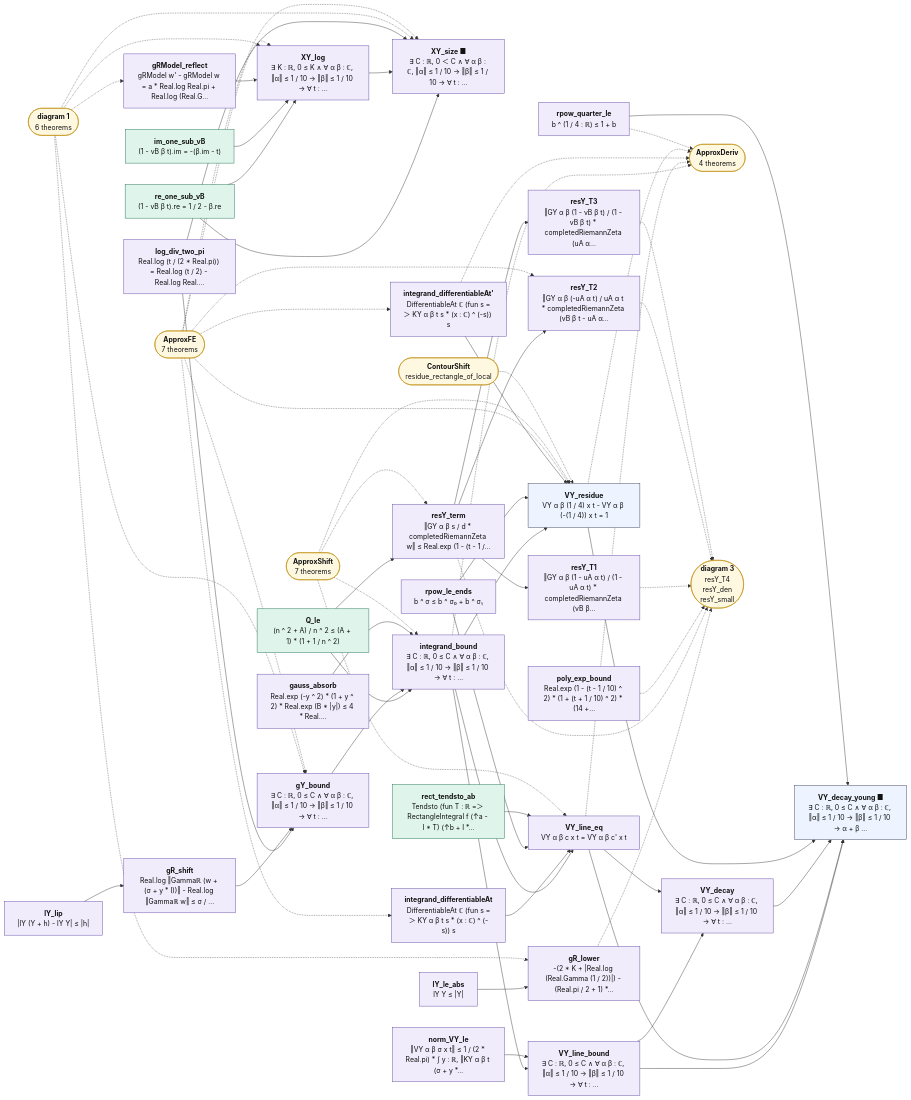
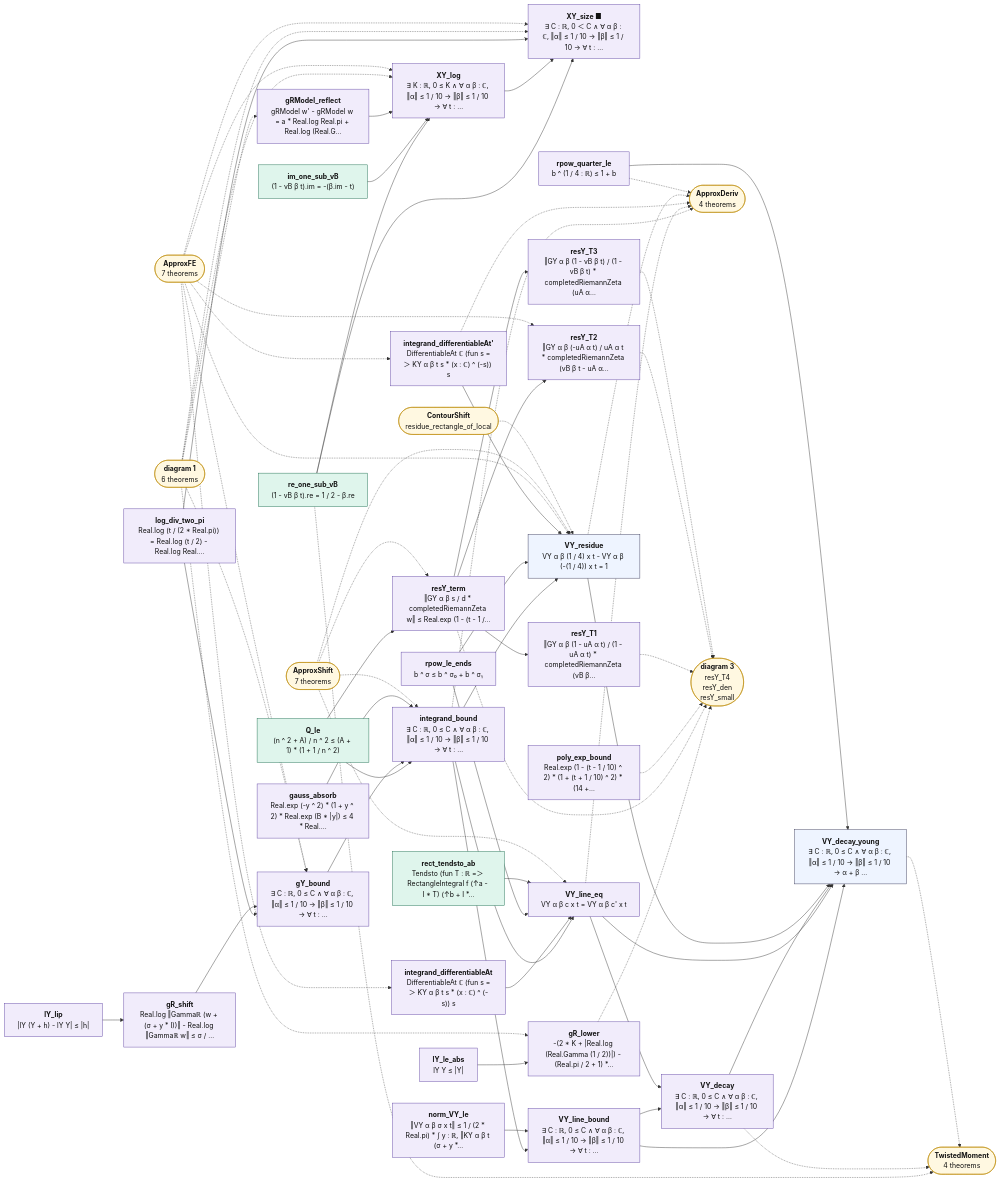
One commit to juliansambranojr/Primebeat_081426 changed the diagram in map/lean_stage3/ApproxBounds.2.mmd. Above: the diagram before and after it, drawn with Mermaid. The commit also changed 32 other files, not shown here.

```diff
--- a/map/lean_stage3/ApproxBounds.2.mmd
+++ b/map/lean_stage3/ApproxBounds.2.mmd
@@ -1,106 +1,110 @@
 flowchart LR
   n0["<b>re_one_sub_vB</b><br/>(1 - vB β t).re = 1 / 2 - β.re"]:::cnt
   n1["<b>im_one_sub_vB</b><br/>(1 - vB β t).im = -(β.im - t)"]:::cnt
   n2["<b>gRModel_reflect</b><br/>gRModel w' - gRModel w = a * Real.log Real.pi + Real.log (Real.G…"]:::shp
   n3["<b>XY_log</b><br/>∃ K : ℝ, 0 ≤ K ∧ ∀ α β : ℂ, ‖α‖ ≤ 1 / 10 → ‖β‖ ≤ 1 / 10 → ∀ t : …"]:::shp
   n4["<b>log_div_two_pi</b><br/>Real.log (t / (2 * Real.pi)) = Real.log (t / 2) - Real.log Real.…"]:::shp
   n5["<b>XY_size ■</b><br/>∃ C : ℝ, 0 ＜ C ∧ ∀ α β : ℂ, ‖α‖ ≤ 1 / 10 → ‖β‖ ≤ 1 / 10 → ∀ t : …"]:::shp
   n6["<b>lY_lip</b><br/>|lY (Y + h) - lY Y| ≤ |h|"]:::shp
   n7["<b>gR_shift</b><br/>Real.log ‖Gammaℝ (w + (σ + y * I))‖ - Real.log ‖Gammaℝ w‖ ≤ σ / …"]:::shp
   n8["<b>gY_bound</b><br/>∃ C : ℝ, 0 ≤ C ∧ ∀ α β : ℂ, ‖α‖ ≤ 1 / 10 → ‖β‖ ≤ 1 / 10 → ∀ t : …"]:::shp
   n9["<b>gauss_absorb</b><br/>Real.exp (-y ^ 2) * (1 + y ^ 2) * Real.exp (B * |y|) ≤ 4 * Real.…"]:::shp
   n10["<b>Q_le</b><br/>(n ^ 2 + A) / n ^ 2 ≤ (A + 1) * (1 + 1 / n ^ 2)"]:::cnt
   n11["<b>integrand_bound</b><br/>∃ C : ℝ, 0 ≤ C ∧ ∀ α β : ℂ, ‖α‖ ≤ 1 / 10 → ‖β‖ ≤ 1 / 10 → ∀ t : …"]:::shp
   n12["<b>norm_VY_le</b><br/>‖VY α β σ x t‖ ≤ 1 / (2 * Real.pi) * ∫ y : ℝ, ‖KY α β t (σ + y *…"]:::shp
   n13["<b>VY_line_bound</b><br/>∃ C : ℝ, 0 ≤ C ∧ ∀ α β : ℂ, ‖α‖ ≤ 1 / 10 → ‖β‖ ≤ 1 / 10 → ∀ t : …"]:::shp
   n14["<b>integrand_differentiableAt</b><br/>DifferentiableAt ℂ (fun s =＞ KY α β t s * (x : ℂ) ^ (-s)) s"]:::shp
   n15["<b>rpow_le_ends</b><br/>b ^ σ ≤ b ^ σ₀ + b ^ σ₁"]:::shp
   n16["<b>rect_tendsto_ab</b><br/>Tendsto (fun T : ℝ =＞ RectangleIntegral f (↑a - I * T) (↑b + I *…"]:::cnt
   n17["<b>VY_line_eq</b><br/>VY α β c x t = VY α β c' x t"]:::shp
   n18["<b>VY_decay</b><br/>∃ C : ℝ, 0 ≤ C ∧ ∀ α β : ℂ, ‖α‖ ≤ 1 / 10 → ‖β‖ ≤ 1 / 10 → ∀ t : …"]:::shp
   n19["<b>integrand_differentiableAt'</b><br/>DifferentiableAt ℂ (fun s =＞ KY α β t s * (x : ℂ) ^ (-s)) s"]:::shp
   n20["<b>VY_residue</b><br/>VY α β (1 / 4) x t - VY α β (-(1 / 4)) x t = 1"]:::thm
   n21["<b>rpow_quarter_le</b><br/>b ^ (1 / 4 : ℝ) ≤ 1 + b"]:::shp
-  n22["<b>VY_decay_young ■</b><br/>∃ C : ℝ, 0 ≤ C ∧ ∀ α β : ℂ, ‖α‖ ≤ 1 / 10 → ‖β‖ ≤ 1 / 10 → α + β …"]:::thm
+  n22["<b>VY_decay_young</b><br/>∃ C : ℝ, 0 ≤ C ∧ ∀ α β : ℂ, ‖α‖ ≤ 1 / 10 → ‖β‖ ≤ 1 / 10 → α + β …"]:::thm
   n23["<b>lY_le_abs</b><br/>lY Y ≤ |Y|"]:::shp
   n24["<b>gR_lower</b><br/>-(2 * K + |Real.log (Real.Gamma (1 / 2))|) - (Real.pi / 2 + 1) *…"]:::shp
   n25["<b>resY_term</b><br/>‖GY α β s / d * completedRiemannZeta w‖ ≤ Real.exp (1 - (t - 1 /…"]:::shp
   n26["<b>poly_exp_bound</b><br/>Real.exp (1 - (t - 1 / 10) ^ 2) * (1 + (t + 1 / 10) ^ 2) * (14 +…"]:::shp
   n27["<b>resY_T1</b><br/>‖GY α β (1 - uA α t) / (1 - uA α t) * completedRiemannZeta (vB β…"]:::shp
   n28["<b>resY_T2</b><br/>‖GY α β (-uA α t) / uA α t * completedRiemannZeta (vB β t - uA α…"]:::shp
   n29["<b>resY_T3</b><br/>‖GY α β (1 - vB β t) / (1 - vB β t) * completedRiemannZeta (uA α…"]:::shp
-  x0(["<b>diagram 1</b><br/>6 theorems"]):::ext
-  x1(["<b>ApproxFE</b><br/>7 theorems"]):::ext
-  x2(["<b>ApproxShift</b><br/>7 theorems"]):::ext
-  x3(["<b>ApproxDeriv</b><br/>4 theorems"]):::ext
-  x4(["<b>ContourShift</b><br/>residue_rectangle_of_local"]):::ext
-  x5(["<b>diagram 3</b><br/>resY_T4<br/>resY_den<br/>resY_small"]):::ext
+  x0(["<b>TwistedMoment</b><br/>4 theorems"]):::ext
+  x1(["<b>diagram 1</b><br/>6 theorems"]):::ext
+  x2(["<b>ApproxFE</b><br/>7 theorems"]):::ext
+  x3(["<b>ApproxShift</b><br/>7 theorems"]):::ext
+  x4(["<b>ApproxDeriv</b><br/>4 theorems"]):::ext
+  x5(["<b>ContourShift</b><br/>residue_rectangle_of_local"]):::ext
+  x6(["<b>diagram 3</b><br/>resY_T4<br/>resY_den<br/>resY_small"]):::ext
   n0 --> n3
   n0 --> n5
   n1 --> n3
   n10 --> n11
   n10 --> n25
   n11 --> n13
   n11 --> n17
   n11 --> n20
   n12 --> n13
   n13 --> n18
   n13 --> n22
   n14 --> n17
   n15 --> n17
   n15 --> n20
   n16 --> n17
   n17 --> n18
   n17 --> n22
   n18 --> n22
   n19 --> n20
   n2 --> n3
   n20 --> n22
   n21 --> n22
   n23 --> n24
   n25 --> n27
   n25 --> n28
   n25 --> n29
   n3 --> n5
   n4 --> n5
   n4 --> n8
   n6 --> n7
   n7 --> n8
   n8 --> n11
   n9 --> n11
-  n11 -.-> x3
-  n17 -.-> x3
-  n19 -.-> x3
-  n20 -.-> x3
-  n21 -.-> x3
-  n24 -.-> x5
-  n25 -.-> x5
-  n26 -.-> x5
-  n27 -.-> x5
-  n28 -.-> x5
-  n29 -.-> x5
-  x0 -.-> n2
-  x0 -.-> n24
-  x0 -.-> n3
-  x0 -.-> n5
-  x0 -.-> n8
-  x1 -.-> n14
-  x1 -.-> n19
-  x1 -.-> n20
-  x1 -.-> n28
+  n0 -.-> x0
+  n11 -.-> x4
+  n17 -.-> x4
+  n18 -.-> x0
+  n19 -.-> x4
+  n20 -.-> x4
+  n21 -.-> x4
+  n22 -.-> x0
+  n24 -.-> x6
+  n25 -.-> x6
+  n26 -.-> x6
+  n27 -.-> x6
+  n28 -.-> x6
+  n29 -.-> x6
+  x1 -.-> n2
+  x1 -.-> n24
   x1 -.-> n3
   x1 -.-> n5
   x1 -.-> n8
-  x2 -.-> n11
-  x2 -.-> n17
+  x2 -.-> n14
+  x2 -.-> n19
   x2 -.-> n20
-  x2 -.-> n25
-  x4 -.-> n20
+  x2 -.-> n28
+  x2 -.-> n3
+  x2 -.-> n5
+  x2 -.-> n8
+  x3 -.-> n11
+  x3 -.-> n17
+  x3 -.-> n20
+  x3 -.-> n25
+  x5 -.-> n20
   classDef cnt fill:#dff5ec,stroke:#17694a,color:#111
   classDef shp fill:#f1ecfb,stroke:#5b3fa0,color:#111
   classDef rh fill:#ffe5e5,stroke:#c22,color:#111,stroke-width:2px
   classDef thm fill:#eef4ff,stroke:#335,color:#111
   classDef end_ fill:#e7f7e7,stroke:#2a7,color:#111,stroke-width:2px
   classDef lone fill:#fff,stroke:#999,color:#111,stroke-dasharray:4 3
   classDef bad fill:#ffe5e5,stroke:#c22,color:#111,stroke-width:2px
   classDef ext fill:#fff8e1,stroke:#b80,color:#111
```
